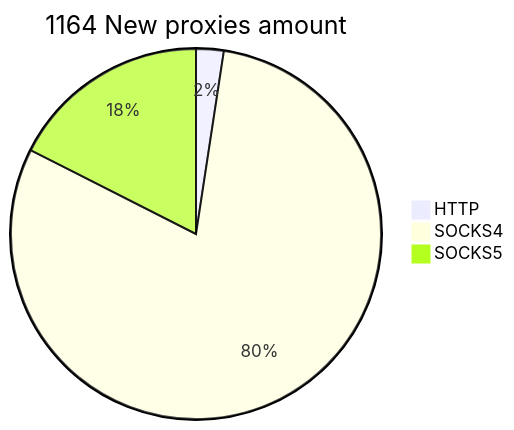
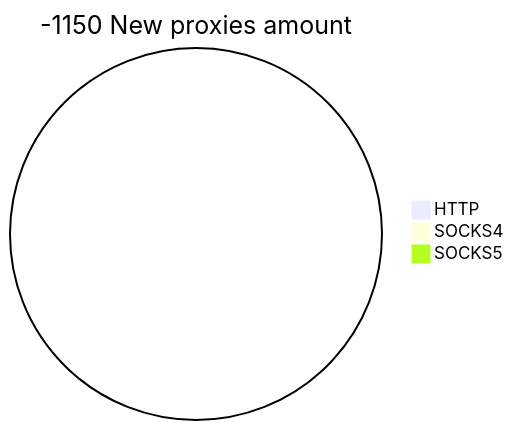
The second of 2 diagrams in README.md (cutipu/proxylist), drawn with Mermaid before and after one commit. The commit also changed other lines of this file, not shown here.

````diff
--- a/README.md
+++ b/README.md
@@ -10,6 +10,6 @@
 ```mermaid
-pie title 1164 New proxies amount
-    "HTTP" : 28
-    "SOCKS4" : 932
-    "SOCKS5" : 204
+pie title -1150 New proxies amount
+    "HTTP" : 0
+    "SOCKS4" : 0
+    "SOCKS5" : 0
 ```
````
